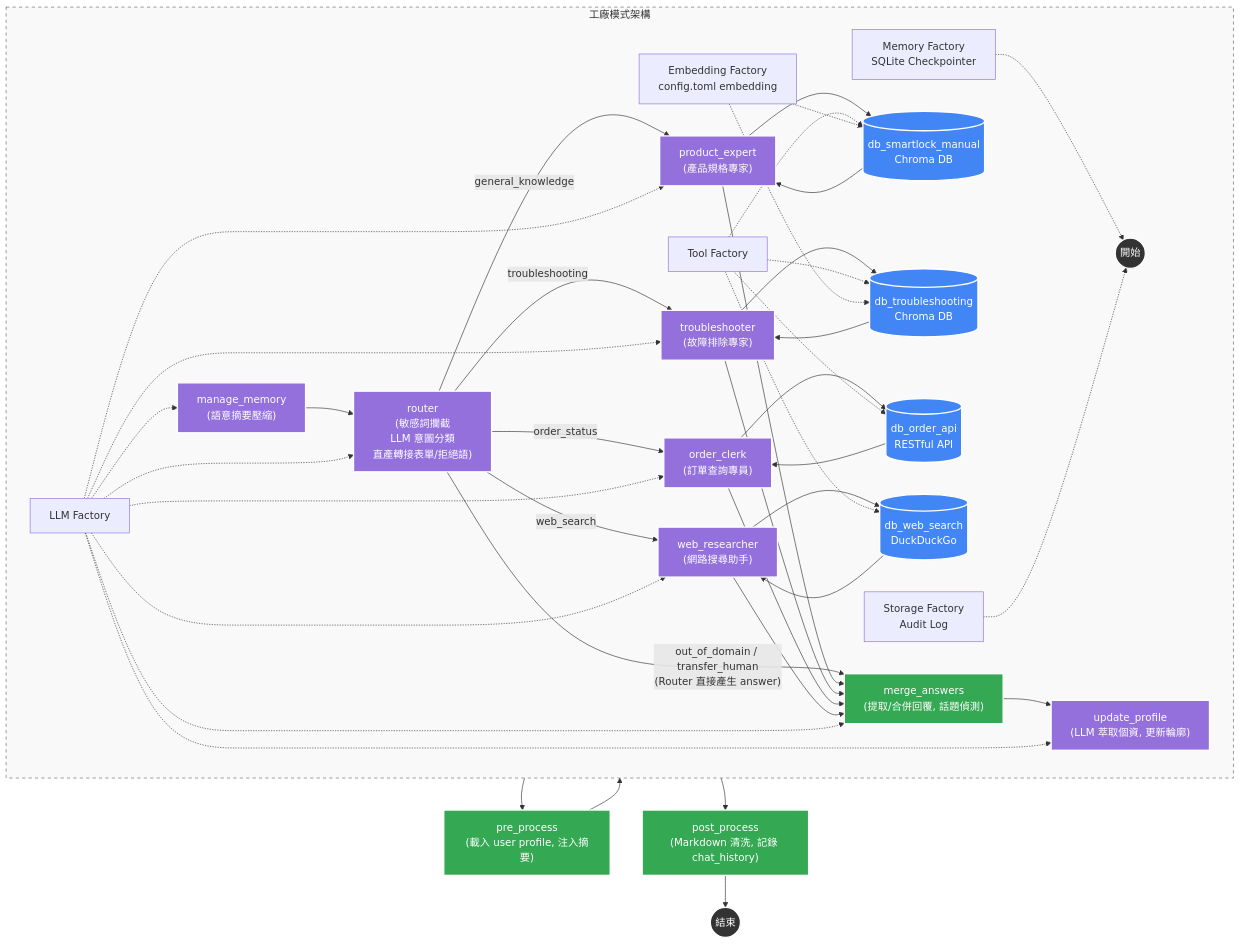
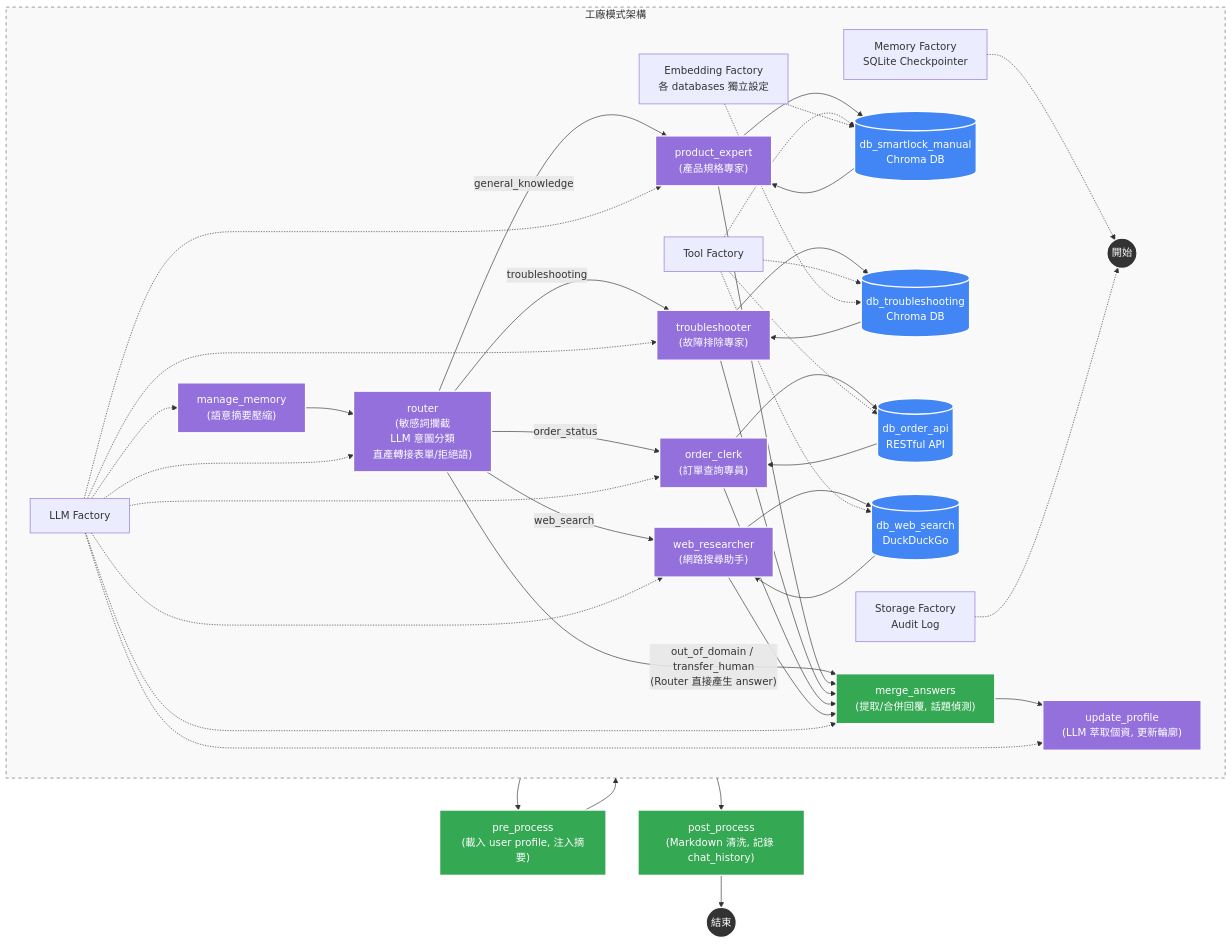
One commit to Imding1211/lock_AI_Agent changed the first of 5 diagrams in docs/manuals/系統架構與流程圖.md. Above: the diagram before and after it, drawn with Mermaid. The commit also changed other lines of this file and 1 other file, not shown here.

Commit message:
docs: 同步架構圖，反映 embedding 改為各 database 獨立設定

````diff
--- a/docs/manuals/系統架構與流程圖.md
+++ b/docs/manuals/系統架構與流程圖.md
@@ -3,54 +3,54 @@
 ```mermaid
 graph TD
     %% 節點樣式定義
     classDef startEnd fill:#333,stroke:#fff,stroke-width:2px,color:#fff;
     classDef llmNode fill:#9370DB,stroke:#fff,stroke-width:2px,color:#fff;
     classDef decision fill:#ff9900,stroke:#333,stroke-width:2px;
     classDef dbNode fill:#4285f4,stroke:#fff,stroke-width:2px,color:#fff;
     classDef actionNode fill:#34a853,stroke:#fff,stroke-width:2px,color:#fff;
     classDef note fill:#f9f9f9,stroke:#666,stroke-dasharray: 5 5;
 
     %% 核心流程
     START((開始)):::startEnd --> pre_process["pre_process<br/>(載入 user profile, 注入摘要)"]:::actionNode
     pre_process --> manage_memory["manage_memory<br/>(語意摘要壓縮)"]:::llmNode
     manage_memory --> router["router<br/>(敏感詞攔截<br/>LLM 意圖分類<br/>直產轉接表單/拒絕語)"]:::llmNode
 
     %% 意圖分流（Send() fan-out，多意圖可平行派發）
     router -- "general_knowledge" --> PE["product_expert<br/>(產品規格專家)"]:::llmNode
     router -- "troubleshooting" --> TS["troubleshooter<br/>(故障排除專家)"]:::llmNode
     router -- "order_status" --> OC["order_clerk<br/>(訂單查詢專員)"]:::llmNode
     router -- "web_search" --> WR["web_researcher<br/>(網路搜尋助手)"]:::llmNode
     router -- "out_of_domain / transfer_human<br/>(Router 直接產生 answer)" --> merge_answers
 
     %% Agent 子圖（agent_llm ↔ tool_node 迴圈）
     PE --> PE_TOOL[("db_smartlock_manual<br/>Chroma DB")]:::dbNode
     TS --> TS_TOOL[("db_troubleshooting<br/>Chroma DB")]:::dbNode
     OC --> OC_TOOL[("db_order_api<br/>RESTful API")]:::dbNode
     WR --> WR_TOOL[("db_web_search<br/>DuckDuckGo")]:::dbNode
 
     PE_TOOL --> PE
     TS_TOOL --> TS
     OC_TOOL --> OC
     WR_TOOL --> WR
 
     %% 匯流
     PE --> merge_answers["merge_answers<br/>(提取/合併回覆, 話題偵測)"]:::actionNode
     TS --> merge_answers
     OC --> merge_answers
     WR --> merge_answers
     merge_answers --> update_profile["update_profile<br/>(LLM 萃取個資, 更新輪廓)"]:::llmNode
     update_profile --> post_process["post_process<br/>(Markdown 清洗, 記錄 chat_history)"]:::actionNode
     post_process --> END((結束)):::startEnd
 
     %% 底層支援
     subgraph Support_Layer [工廠模式架構]
         direction LR
         f1[LLM Factory] -.-> manage_memory & router & PE & TS & OC & WR & merge_answers & update_profile
         f2[Memory Factory<br/>SQLite Checkpointer] -.-> START
         f3[Tool Factory] -.-> PE_TOOL & TS_TOOL & OC_TOOL & WR_TOOL
         f4[Storage Factory<br/>Audit Log] -.-> START
-        f5[Embedding Factory<br/>config.toml embedding] -.-> PE_TOOL & TS_TOOL
+        f5[Embedding Factory<br/>各 databases 獨立設定] -.-> PE_TOOL & TS_TOOL
     end
     class Support_Layer note
 
 ```
````
